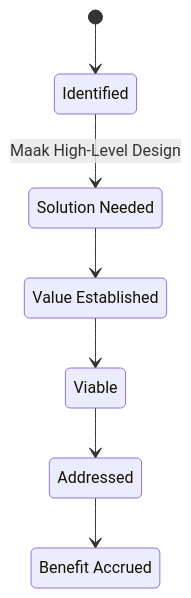
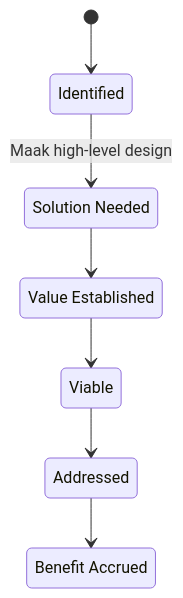
Before and after one commit to hietkamp/hietkamp.github.io: the diagram in essence/method/diagrams/opportunity.mmd, drawn with Mermaid. The commit also changed 15 other files, not shown here.

```diff
--- a/essence/method/diagrams/opportunity.mmd
+++ b/essence/method/diagrams/opportunity.mmd
@@ -1,17 +1,17 @@
 %% State diagram: Opportunity (essence-kernel#Opportunity)
 %% Kernel-alpha; alleen de states die in deze werkwijze daadwerkelijk gebruikt worden
 %% zijn gekoppeld aan een activiteit.
 stateDiagram-v2
     Identified: Identified
     SolutionNeeded: Solution Needed
     ValueEstablished: Value Established
     Viable: Viable
     Addressed: Addressed
     BenefitAccrued: Benefit Accrued
 
     [*] --> Identified
-    Identified --> SolutionNeeded : Maak High-Level Design
+    Identified --> SolutionNeeded : Maak high-level design
     SolutionNeeded --> ValueEstablished
     ValueEstablished --> Viable
     Viable --> Addressed
     Addressed --> BenefitAccrued
```
